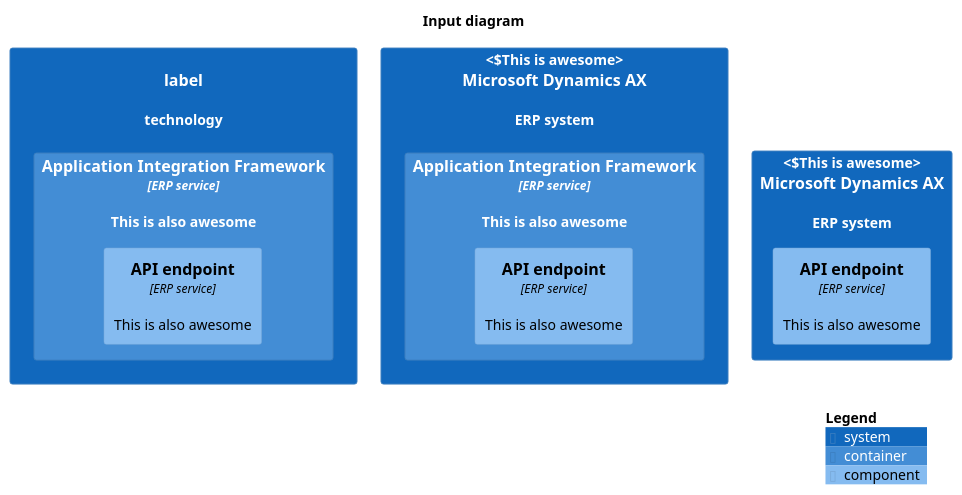
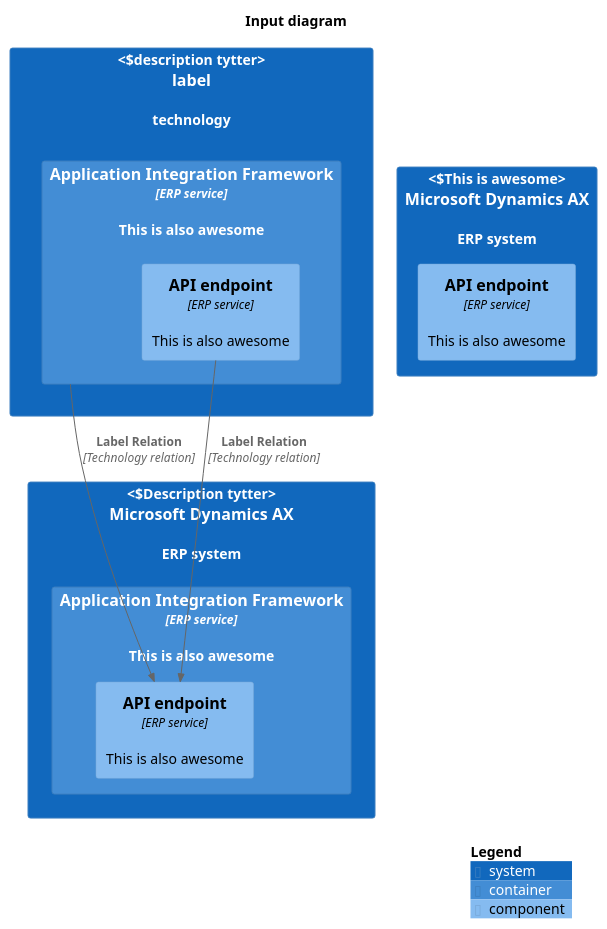
One commit to localgod/catalyst changed the diagram in diagram.puml. Above: the diagram before and after it, drawn with PlantUML. The commit also changed 12 other files, not shown here.

```diff
--- a/diagram.puml
+++ b/diagram.puml
@@ -1,26 +1,30 @@
 @startuml ERP Integration Overview
 !include ./C4_Component.puml
 
 scale 1.0
 title Input diagram
-System(AX, "label", "technology", "description") {
+
+System(AX, "label", "technology", "description tytter") {
     Container(AIF, "Application Integration Framework", "ERP service", "This is also awesome", $tags=tytter) {
         Component(END, "API endpoint", "ERP service", "This is also awesome", $tags=tytter)
     }
 }
-System(AX2, "Microsoft Dynamics AX", "ERP system", "This is awesome") {
+System(AX2, "Microsoft Dynamics AX", "ERP system", "Description tytter") {
     Container(AIF2, "Application Integration Framework", "ERP service", "This is also awesome", $tags=tytter) {
         Component(END2, "API endpoint", "ERP service", "This is also awesome", $tags=tytter)
     }
 }
 
 System(AX3, "Microsoft Dynamics AX", "ERP system", "This is awesome") {
+    Component(END3, "API endpoint", "ERP service", "This is also awesome", $tags=tytter)
+}
 
-        Component(END3, "API endpoint", "ERP service", "This is also awesome", $tags=tytter)
-    
-}
+Rel(END, END2, "Label Relation", "Technology relation")
+
+Rel(AIF, END2, "Label Relation", "Technology relation")
+
 
 
 LAYOUT_TOP_DOWN()
 SHOW_LEGEND()
 @enduml
```
